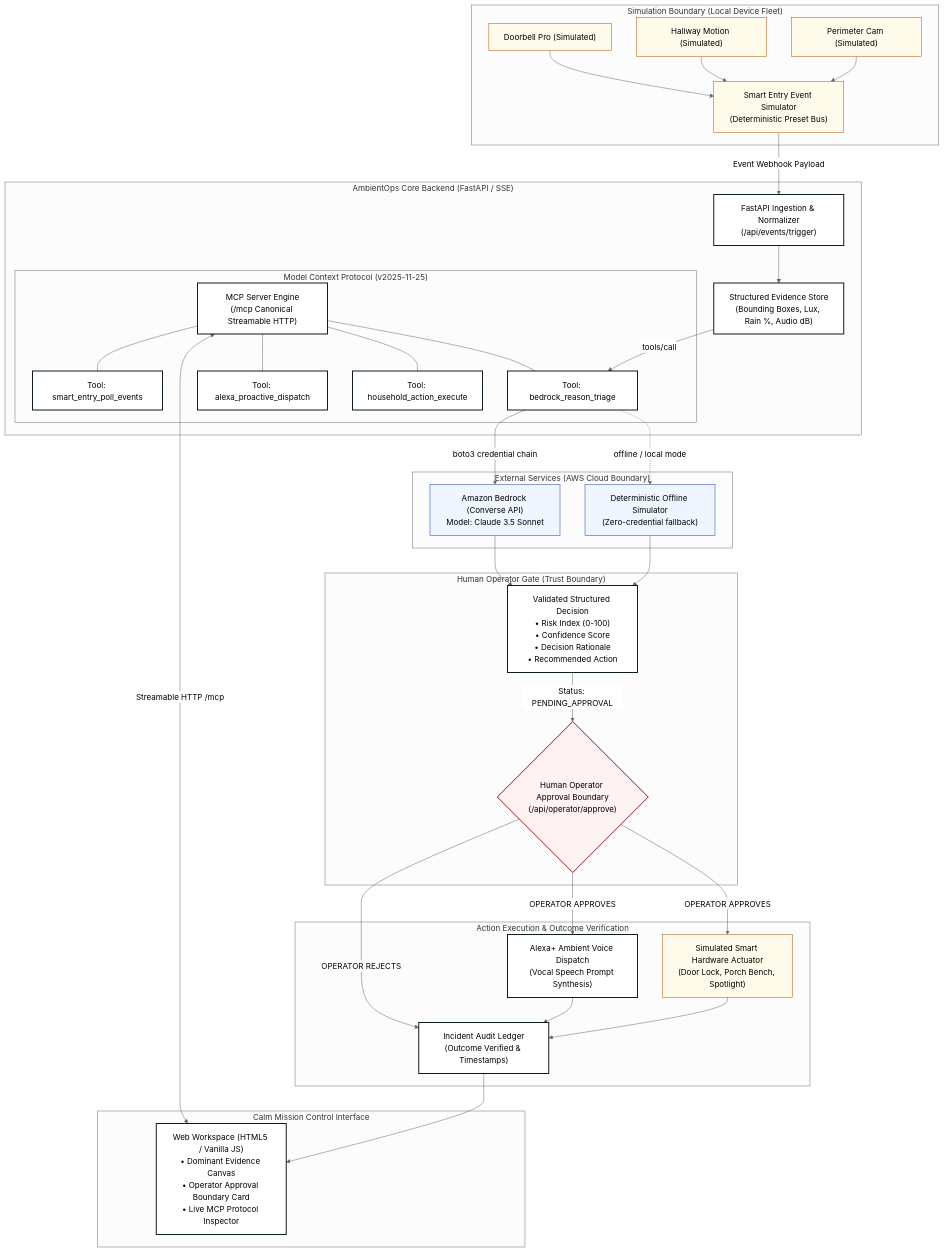
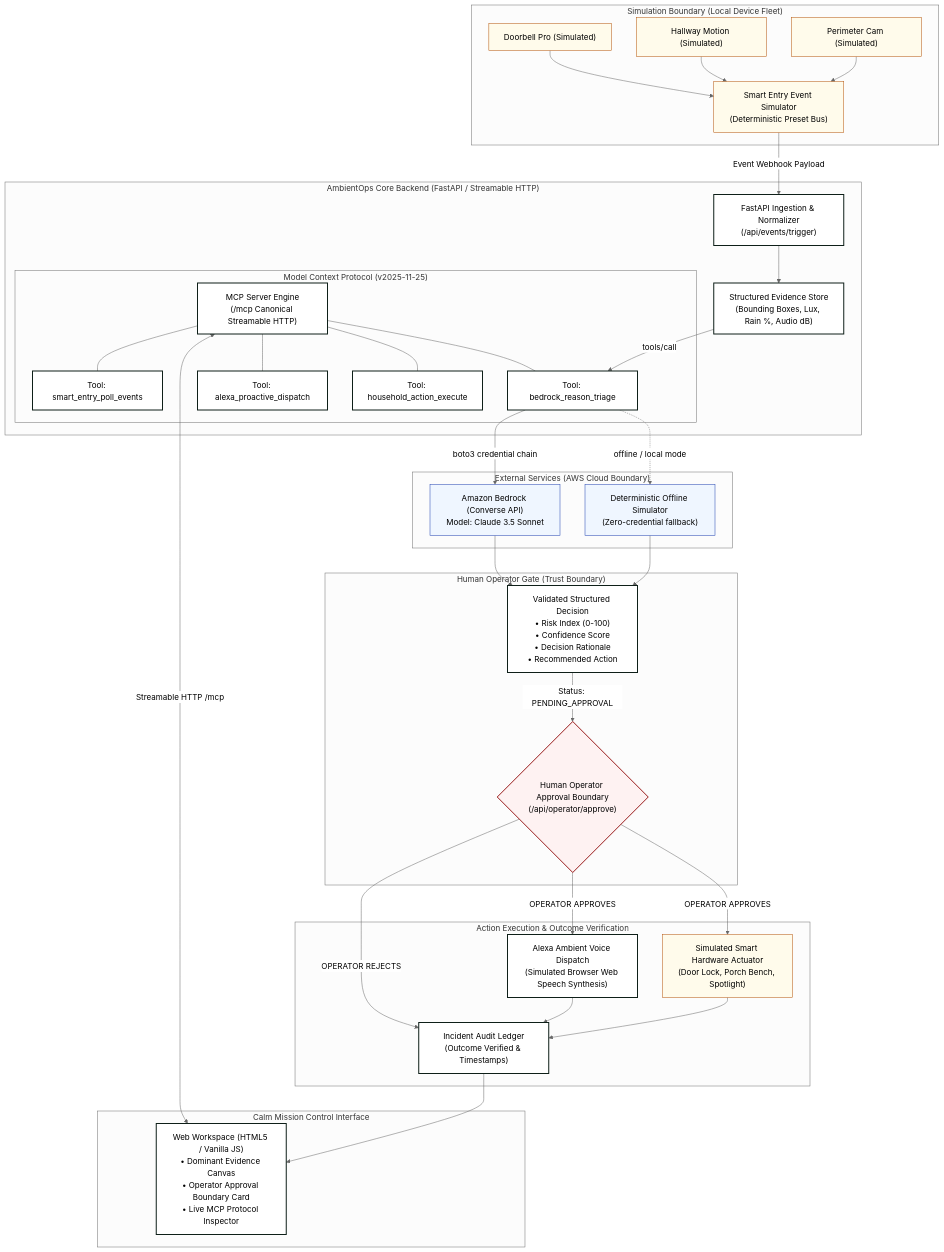
One commit to abhijeetnardele24-hash/ambient-ops changed the diagram in README.md. Above: the diagram before and after it, drawn with Mermaid (neutral theme). The commit also changed other lines of this file and 24 other files, not shown here.

Commit message:
fix(mcp): resolve task group lifecycle in Streamable HTTP, add app factory, safe simulator default, and CI container healthcheck

````diff
--- a/README.md
+++ b/README.md
@@ -79,72 +79,72 @@
 ```mermaid
 graph TD
     classDef sim fill:#fffbeb,stroke:#b45309,stroke-width:1px;
     classDef core fill:#ffffff,stroke:#0e1f18,stroke-width:2px;
     classDef gate fill:#fef2f2,stroke:#991b1b,stroke-width:2px;
     classDef ext fill:#eff6ff,stroke:#1e40af,stroke-width:1px;
 
     subgraph SIM_BOUNDARY ["Simulation Boundary (Local Device Fleet)"]
         D1["Doorbell Pro (Simulated)"]:::sim
         D2["Hallway Motion (Simulated)"]:::sim
         D3["Perimeter Cam (Simulated)"]:::sim
         SIM_BUS["Smart Entry Event Simulator<br/>(Deterministic Preset Bus)"]:::sim
         D1 --> SIM_BUS
         D2 --> SIM_BUS
         D3 --> SIM_BUS
     end
 
-    subgraph TRUST_BOUNDARY ["AmbientOps Core Backend (FastAPI / SSE)"]
+    subgraph TRUST_BOUNDARY ["AmbientOps Core Backend (FastAPI / Streamable HTTP)"]
         INGEST["FastAPI Ingestion & Normalizer<br/>(/api/events/trigger)"]:::core
         SIM_BUS -->|Event Webhook Payload| INGEST
         
         EVID["Structured Evidence Store<br/>(Bounding Boxes, Lux, Rain %, Audio dB)"]:::core
         INGEST --> EVID
 
         subgraph MCP_CORE ["Model Context Protocol (v2025-11-25)"]
             MCP_ENG["MCP Server Engine<br/>(/mcp Canonical Streamable HTTP)"]:::core
             T_POLL["Tool: smart_entry_poll_events"]:::core
             T_TRIAGE["Tool: bedrock_reason_triage"]:::core
             T_DISPATCH["Tool: alexa_proactive_dispatch"]:::core
             T_ACTION["Tool: household_action_execute"]:::core
             MCP_ENG --- T_POLL
             MCP_ENG --- T_TRIAGE
             MCP_ENG --- T_DISPATCH
             MCP_ENG --- T_ACTION
         end
         EVID -->|tools/call| T_TRIAGE
     end
 
     subgraph CLOUD_BOUNDARY ["External Services (AWS Cloud Boundary)"]
         BEDROCK["Amazon Bedrock (Converse API)<br/>Model: Claude 3.5 Sonnet"]:::ext
         EMULATOR["Deterministic Offline Simulator<br/>(Zero-credential fallback)"]:::ext
         T_TRIAGE -->|boto3 credential chain| BEDROCK
         T_TRIAGE -.->|offline / local mode| EMULATOR
     end
 
     subgraph OPERATOR_GATE ["Human Operator Gate (Trust Boundary)"]
         DECISION["Validated Structured Decision<br/>• Risk Index (0-100)<br/>• Confidence Score<br/>• Decision Rationale<br/>• Recommended Action"]:::core
         BEDROCK --> DECISION
         EMULATOR --> DECISION
 
         GATE{"Human Operator Approval Boundary<br/>(/api/operator/approve)"}:::gate
         DECISION -->|Status: PENDING_APPROVAL| GATE
     end
 
     subgraph OUTCOME_STAGE ["Action Execution & Outcome Verification"]
-        DISPATCH_VOICE["Alexa+ Ambient Voice Dispatch<br/>(Vocal Speech Prompt Synthesis)"]:::core
+        DISPATCH_VOICE["Alexa Ambient Voice Dispatch<br/>(Simulated Browser Web Speech Synthesis)"]:::core
         EXEC_ACTION["Simulated Smart Hardware Actuator<br/>(Door Lock, Porch Bench, Spotlight)"]:::sim
         AUDIT["Incident Audit Ledger<br/>(Outcome Verified & Timestamps)"]:::core
 
         GATE -->|OPERATOR APPROVES| DISPATCH_VOICE
         GATE -->|OPERATOR APPROVES| EXEC_ACTION
         GATE -->|OPERATOR REJECTS| AUDIT
         DISPATCH_VOICE --> AUDIT
         EXEC_ACTION --> AUDIT
     end
 
     subgraph CLIENT_UI ["Calm Mission Control Interface"]
         UI_WORKSPACE["Web Workspace (HTML5 / Vanilla JS)<br/>• Dominant Evidence Canvas<br/>• Operator Approval Boundary Card<br/>• Live MCP Protocol Inspector"]:::core
         MCP_ENG <-->|Streamable HTTP /mcp| UI_WORKSPACE
         AUDIT --> UI_WORKSPACE
     end
 ```
````
